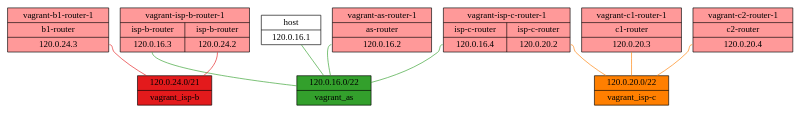
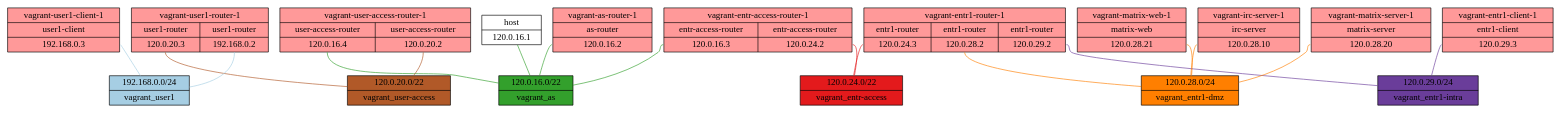
One commit to NextFire-N7/projet-interco changed the diagram in network.dot. Above: the diagram before and after it, drawn with Graphviz. The commit also changed 10 other files, not shown here.

```diff
--- a/network.dot
+++ b/network.dot
@@ -1,25 +1,39 @@
 # https://github.com/LeoVerto/docker-network-graph
 # https://dreampuf.github.io/GraphvizOnline/
 // Docker Network Graph
 graph {
     graph [splines=true]
     network_vagrant_as [label="{<gw_iface> 120.0.16.0/22 | vagrant_as}" fillcolor="#33a02c" shape=record style=filled]
-    "network_vagrant_isp-b" [label="{<gw_iface> 120.0.24.0/21 | vagrant_isp-b}" fillcolor="#e31a1c" shape=record style=filled]
-    "network_vagrant_isp-c" [label="{<gw_iface> 120.0.20.0/22 | vagrant_isp-c}" fillcolor="#ff7f00" shape=record style=filled]
-    container_d1de7e3e9ce3fa1c03647bb9a1c950ac4b4b15358d85dca52f999b27cedc4888 [label="{ vagrant-isp-b-router-1 | { { isp-b-router |<6a87d20a534afd9f1e2dcc192b7a10bb7fae614210174230a90a6f3b30e7a034> 120.0.16.3 } | { isp-b-router |<78d1fae25dddd14ed39f817dec1077d0b62613c8db639d7d84afa3ddfbdbd58d> 120.0.24.2 } } }" fillcolor="#ff9999" shape=record style=filled]
-    container_80a2c4571d3a4b639401c945282d9ecdf785ee18458ad3063e7647a21eb877e0 [label="{ vagrant-c2-router-1 | { { c2-router |<49dc7e2778f074caedab119cc9f98f92c278d8cc63051248e650e8e7d1a0c61e> 120.0.20.4 } } }" fillcolor="#ff9999" shape=record style=filled]
-    container_7f68a345bb996dc3c82da9b1328b3c501e387d5b71ef8f3ad7dfaaffba0dabc3 [label="{ vagrant-b1-router-1 | { { b1-router |<833284fc652534bdd58fd68e45e9a7e793dcdcd97fdba373b7e84f367767434c> 120.0.24.3 } } }" fillcolor="#ff9999" shape=record style=filled]
-    container_16c410b5b49fdae10acceb4ba2d914b8695a2a76b215dc0337872623839d1574 [label="{ vagrant-isp-c-router-1 | { { isp-c-router |<2f398b36c637a2591934b9e5bb5fa51962bfecf5aca749db67c829c67df5a8c9> 120.0.16.4 } | { isp-c-router |<d8221d46325e4f6f30791035b943ca6fa477d04e2fdc62f38c307f5d8ef92a7d> 120.0.20.2 } } }" fillcolor="#ff9999" shape=record style=filled]
-    container_81318318d3b214edf2919060c56f6d514bc66772a6a484a98f0276035f90188a [label="{ vagrant-c1-router-1 | { { c1-router |<5d50a019e950dbc1d5fbdfb8da0fcdeebb3e8c4e5e7da9eb50f8eea08dfec390> 120.0.20.3 } } }" fillcolor="#ff9999" shape=record style=filled]
-    container_3d0e77a50a7080c346a547ce772e2d0cd0d9090756294e7ab258e51f00cda5a8 [label="{ vagrant-as-router-1 | { { as-router |<14b3a191d45f6ec2f2017bfefdc923efca02a1d99c2528346497de1b4984e8f6> 120.0.16.2 } } }" fillcolor="#ff9999" shape=record style=filled]
+    "network_vagrant_entr-access" [label="{<gw_iface> 120.0.24.0/22 | vagrant_entr-access}" fillcolor="#e31a1c" shape=record style=filled]
+    "network_vagrant_entr1-dmz" [label="{<gw_iface> 120.0.28.0/24 | vagrant_entr1-dmz}" fillcolor="#ff7f00" shape=record style=filled]
+    "network_vagrant_entr1-intra" [label="{<gw_iface> 120.0.29.0/24 | vagrant_entr1-intra}" fillcolor="#6a3d9a" shape=record style=filled]
+    "network_vagrant_user-access" [label="{<gw_iface> 120.0.20.0/22 | vagrant_user-access}" fillcolor="#b15928" shape=record style=filled]
+    network_vagrant_user1 [label="{<gw_iface> 192.168.0.0/24 | vagrant_user1}" fillcolor="#a6cee3" shape=record style=filled]
+    container_57e98855ea454b145db071e14b7f7c305d69e50ecfab5367a4f9246d62c84c0d [label="{ vagrant-matrix-web-1 | { { matrix-web |<d34e1df122fe1cb464ade49c111cf0f76a4a16b3bd684be1d547cfec93fec7af> 120.0.28.21 } } }" fillcolor="#ff9999" shape=record style=filled]
+    container_eb41d06e67f9b7c8b8e75f38baf63a39a33fe4edc079a569b7065491ce04a3f2 [label="{ vagrant-user-access-router-1 | { { user-access-router |<78f4f81bdcfd37d10bbb396257203488e1243bdac3557dc6b1b6f8b606286575> 120.0.16.4 } | { user-access-router |<777e56ef294a2e48ece0b9ada6ae0f69c8507d499faa4264f582ed2263d198d2> 120.0.20.2 } } }" fillcolor="#ff9999" shape=record style=filled]
+    container_d0b3881788c5eac3b8b0aacd7824f3e06fe06c26e19551f3b72c911c6da2a089 [label="{ vagrant-entr1-client-1 | { { entr1-client |<a70da486b23fa1af63ee940efb405d6c57d14b7f64688235dfbf4206014bae2e> 120.0.29.3 } } }" fillcolor="#ff9999" shape=record style=filled]
+    container_6a3fc1420bcf9450397762b51da462424194824e38dca16e7586e49a080c6cea [label="{ vagrant-user1-client-1 | { { user1-client |<e096168429ea4749921542eb4393ab1c74b0b30588dd528829e9ae2fa4954f15> 192.168.0.3 } } }" fillcolor="#ff9999" shape=record style=filled]
+    container_86812ecd11f37ccc39a94954e694ff8bcb785d290dd722447731e881fad4fa3e [label="{ vagrant-entr1-router-1 | { { entr1-router |<6abcffbed225ba730664069f66b5eab0d6841d4db609268cda43925976e46a03> 120.0.24.3 } | { entr1-router |<836c4717ae1ca4628371d793c60f4317402a838b1b9fa14db920c18c508dab12> 120.0.28.2 } | { entr1-router |<5ea5e0288486a0bc0e654e8fdc09329739e778cb50c6dfc8618003e4235725fd> 120.0.29.2 } } }" fillcolor="#ff9999" shape=record style=filled]
+    container_271e63043cfacdda6ff8e85af745729b27933297be02270ff8de5acdcf3dbb7b [label="{ vagrant-entr-access-router-1 | { { entr-access-router |<8f68c621cdd49934cf63d3dfd02428920796fd7592d055db576ce97993e31b5b> 120.0.16.3 } | { entr-access-router |<97819d58ca70ac053b2b2f8368571e610367684f2dcc3f4700e11b54a8f67f5f> 120.0.24.2 } } }" fillcolor="#ff9999" shape=record style=filled]
+    container_5a92ec23a9c559796a66c67410c44546c7092cd156ed9caf62bddc0c38239b3c [label="{ vagrant-irc-server-1 | { { irc-server |<796e1b6d40dc752a536c458b2eb665ba4d783fd26e42839ec7ca937b6e551dc8> 120.0.28.10 } } }" fillcolor="#ff9999" shape=record style=filled]
+    container_225783b9dec34669a45c2076686168e32b81d48d8c4a97e2dbe1ebe4d850a577 [label="{ vagrant-as-router-1 | { { as-router |<ecf66ef63f267f2086404d6a37f8b035ec01545cc4c28b7385a73d35ee181ddc> 120.0.16.2 } } }" fillcolor="#ff9999" shape=record style=filled]
+    container_68ff61abcd199b3f2796703405c15bddb3ea0d5ed8d98c85bc83d16e19103269 [label="{ vagrant-matrix-server-1 | { { matrix-server |<4d76d54a0d76d0d6ad85072b621256fb51ec505504fc231e97dff8f4d00bb9c3> 120.0.28.20 } } }" fillcolor="#ff9999" shape=record style=filled]
+    container_6b7826672ccc39d54c2262bb6f09d5cbd17828d6cd11ae7118dc9d5bf4087891 [label="{ vagrant-user1-router-1 | { { user1-router |<1341d98a6ca09b110bcbc3c4e02b85b556259156c449f9c32ba54eaf20532890> 120.0.20.3 } | { user1-router |<29d76fdd3bc698e4ab2199f2a927998a33ca368b89c8d5849fd6cfb7b12e3c00> 192.168.0.2 } } }" fillcolor="#ff9999" shape=record style=filled]
+    container_57e98855ea454b145db071e14b7f7c305d69e50ecfab5367a4f9246d62c84c0d:d34e1df122fe1cb464ade49c111cf0f76a4a16b3bd684be1d547cfec93fec7af -- "network_vagrant_entr1-dmz" [color="#ff7f00"]
+    container_eb41d06e67f9b7c8b8e75f38baf63a39a33fe4edc079a569b7065491ce04a3f2:"78f4f81bdcfd37d10bbb396257203488e1243bdac3557dc6b1b6f8b606286575" -- network_vagrant_as [color="#33a02c"]
+    container_eb41d06e67f9b7c8b8e75f38baf63a39a33fe4edc079a569b7065491ce04a3f2:"777e56ef294a2e48ece0b9ada6ae0f69c8507d499faa4264f582ed2263d198d2" -- "network_vagrant_user-access" [color="#b15928"]
+    container_d0b3881788c5eac3b8b0aacd7824f3e06fe06c26e19551f3b72c911c6da2a089:a70da486b23fa1af63ee940efb405d6c57d14b7f64688235dfbf4206014bae2e -- "network_vagrant_entr1-intra" [color="#6a3d9a"]
+    container_6a3fc1420bcf9450397762b51da462424194824e38dca16e7586e49a080c6cea:e096168429ea4749921542eb4393ab1c74b0b30588dd528829e9ae2fa4954f15 -- network_vagrant_user1 [color="#a6cee3"]
+    container_86812ecd11f37ccc39a94954e694ff8bcb785d290dd722447731e881fad4fa3e:"6abcffbed225ba730664069f66b5eab0d6841d4db609268cda43925976e46a03" -- "network_vagrant_entr-access" [color="#e31a1c"]
+    container_86812ecd11f37ccc39a94954e694ff8bcb785d290dd722447731e881fad4fa3e:"836c4717ae1ca4628371d793c60f4317402a838b1b9fa14db920c18c508dab12" -- "network_vagrant_entr1-dmz" [color="#ff7f00"]
+    container_86812ecd11f37ccc39a94954e694ff8bcb785d290dd722447731e881fad4fa3e:"5ea5e0288486a0bc0e654e8fdc09329739e778cb50c6dfc8618003e4235725fd" -- "network_vagrant_entr1-intra" [color="#6a3d9a"]
+    container_271e63043cfacdda6ff8e85af745729b27933297be02270ff8de5acdcf3dbb7b:"8f68c621cdd49934cf63d3dfd02428920796fd7592d055db576ce97993e31b5b" -- network_vagrant_as [color="#33a02c"]
+    container_271e63043cfacdda6ff8e85af745729b27933297be02270ff8de5acdcf3dbb7b:"97819d58ca70ac053b2b2f8368571e610367684f2dcc3f4700e11b54a8f67f5f" -- "network_vagrant_entr-access" [color="#e31a1c"]
+    container_5a92ec23a9c559796a66c67410c44546c7092cd156ed9caf62bddc0c38239b3c:"796e1b6d40dc752a536c458b2eb665ba4d783fd26e42839ec7ca937b6e551dc8" -- "network_vagrant_entr1-dmz" [color="#ff7f00"]
+    container_225783b9dec34669a45c2076686168e32b81d48d8c4a97e2dbe1ebe4d850a577:ecf66ef63f267f2086404d6a37f8b035ec01545cc4c28b7385a73d35ee181ddc -- network_vagrant_as [color="#33a02c"]
+    container_68ff61abcd199b3f2796703405c15bddb3ea0d5ed8d98c85bc83d16e19103269:"4d76d54a0d76d0d6ad85072b621256fb51ec505504fc231e97dff8f4d00bb9c3" -- "network_vagrant_entr1-dmz" [color="#ff7f00"]
+    container_6b7826672ccc39d54c2262bb6f09d5cbd17828d6cd11ae7118dc9d5bf4087891:"1341d98a6ca09b110bcbc3c4e02b85b556259156c449f9c32ba54eaf20532890" -- "network_vagrant_user-access" [color="#b15928"]
+    container_6b7826672ccc39d54c2262bb6f09d5cbd17828d6cd11ae7118dc9d5bf4087891:"29d76fdd3bc698e4ab2199f2a927998a33ca368b89c8d5849fd6cfb7b12e3c00" -- network_vagrant_user1 [color="#a6cee3"]
     host [label="{ host | 120.0.16.1 }" fillcolor="#ffffff" shape=record style=filled]
-    container_d1de7e3e9ce3fa1c03647bb9a1c950ac4b4b15358d85dca52f999b27cedc4888:"6a87d20a534afd9f1e2dcc192b7a10bb7fae614210174230a90a6f3b30e7a034" -- network_vagrant_as [color="#33a02c"]
-    container_d1de7e3e9ce3fa1c03647bb9a1c950ac4b4b15358d85dca52f999b27cedc4888:"78d1fae25dddd14ed39f817dec1077d0b62613c8db639d7d84afa3ddfbdbd58d" -- "network_vagrant_isp-b" [color="#e31a1c"]
-    container_80a2c4571d3a4b639401c945282d9ecdf785ee18458ad3063e7647a21eb877e0:"49dc7e2778f074caedab119cc9f98f92c278d8cc63051248e650e8e7d1a0c61e" -- "network_vagrant_isp-c" [color="#ff7f00"]
-    container_7f68a345bb996dc3c82da9b1328b3c501e387d5b71ef8f3ad7dfaaffba0dabc3:"833284fc652534bdd58fd68e45e9a7e793dcdcd97fdba373b7e84f367767434c" -- "network_vagrant_isp-b" [color="#e31a1c"]
-    container_16c410b5b49fdae10acceb4ba2d914b8695a2a76b215dc0337872623839d1574:"2f398b36c637a2591934b9e5bb5fa51962bfecf5aca749db67c829c67df5a8c9" -- network_vagrant_as [color="#33a02c"]
-    container_16c410b5b49fdae10acceb4ba2d914b8695a2a76b215dc0337872623839d1574:d8221d46325e4f6f30791035b943ca6fa477d04e2fdc62f38c307f5d8ef92a7d -- "network_vagrant_isp-c" [color="#ff7f00"]
-    container_81318318d3b214edf2919060c56f6d514bc66772a6a484a98f0276035f90188a:"5d50a019e950dbc1d5fbdfb8da0fcdeebb3e8c4e5e7da9eb50f8eea08dfec390" -- "network_vagrant_isp-c" [color="#ff7f00"]
-    container_3d0e77a50a7080c346a547ce772e2d0cd0d9090756294e7ab258e51f00cda5a8:"14b3a191d45f6ec2f2017bfefdc923efca02a1d99c2528346497de1b4984e8f6" -- network_vagrant_as [color="#33a02c"]
     host -- network_vagrant_as [color="#33a02c"]
 }
```
